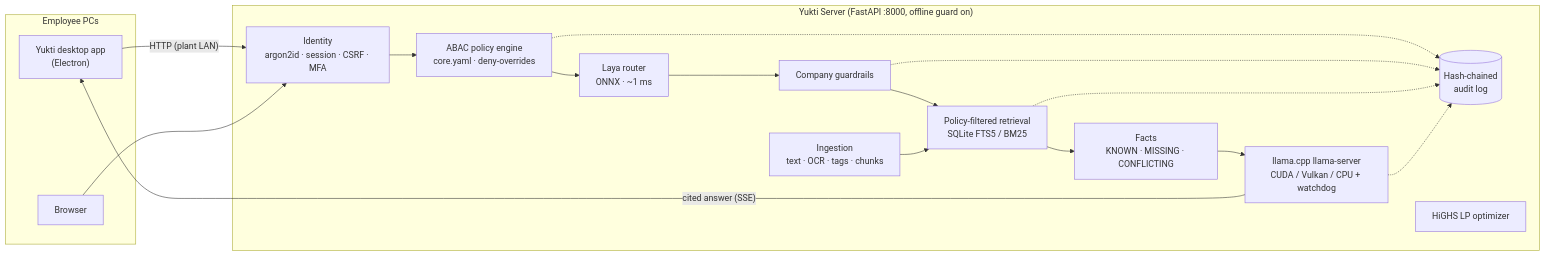
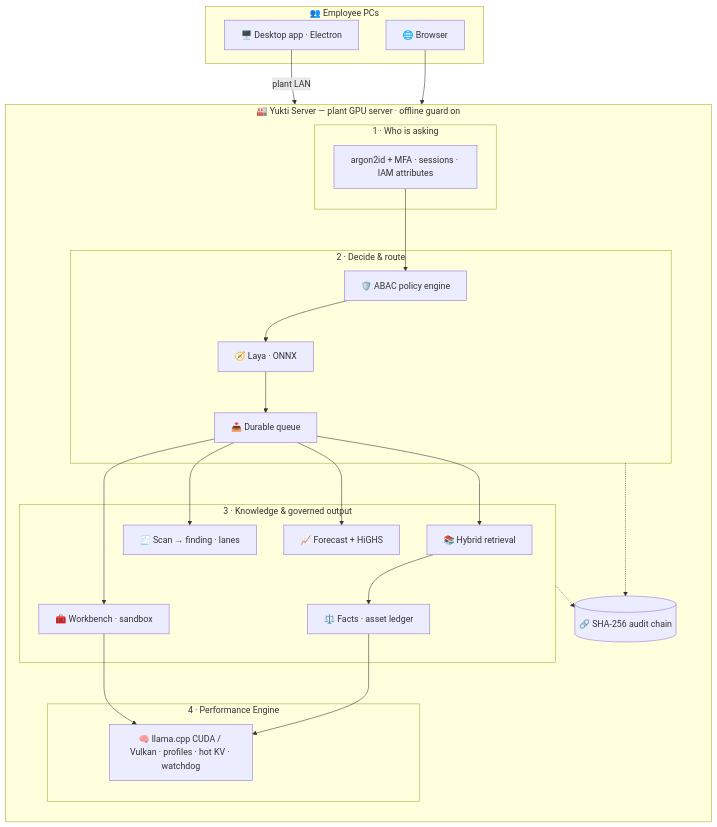
The sixth of 9 diagrams in README.md (Juhilhere/Yukti), drawn with Mermaid before and after one commit. The commit also changed other lines of this file and 115 other files, not shown here.

````diff
--- a/README.md
+++ b/README.md
@@ -77,28 +201,35 @@
 ```mermaid
-flowchart LR
-  subgraph Clients["Employee PCs"]
-    D["Yukti desktop app<br/>(Electron)"]
-    B["Browser"]
+flowchart TB
+  subgraph C["👥 Employee PCs"]
+    D["🖥️ Desktop app · Electron"]
+    BR["🌐 Browser"]
   end
-  subgraph Server["Yukti Server (FastAPI :8000, offline guard on)"]
-    A["Identity<br/>argon2id · session · CSRF · MFA"]
-    P["ABAC policy engine<br/>core.yaml · deny-overrides"]
-    L["Laya router<br/>ONNX · ~1 ms"]
-    G["Company guardrails"]
-    R["Policy-filtered retrieval<br/>SQLite FTS5 / BM25"]
-    F["Facts<br/>KNOWN · MISSING · CONFLICTING"]
-    M["llama.cpp llama-server<br/>CUDA / Vulkan / CPU + watchdog"]
-    U[("Hash-chained<br/>audit log")]
-    I["Ingestion<br/>text · OCR · tags · chunks"]
-    O["HiGHS LP optimizer"]
+  subgraph S["🏭 Yukti Server — plant GPU server · offline guard on"]
+    direction TB
+    subgraph L1["1 · Who is asking"]
+      A["argon2id + MFA · sessions · IAM attributes"]
+    end
+    subgraph L2["2 · Decide & route"]
+      P["🛡️ ABAC policy engine"] --> LY["🧭 Laya · ONNX"] --> Q["📥 Durable queue"]
+    end
+    subgraph L3["3 · Knowledge & governed output"]
+      R["📚 Hybrid retrieval"]
+      FA["⚖️ Facts · asset ledger"]
+      WB["🧰 Workbench · sandbox"]
+      SF["🧾 Scan → finding · lanes"]
+      PR["📈 Forecast + HiGHS"]
+    end
+    subgraph L4["4 · Performance Engine"]
+      E["🧠 llama.cpp CUDA / Vulkan · profiles · hot KV · watchdog"]
+    end
+    AU[("🔗 SHA-256 audit chain")]
   end
-  D -- "HTTP (plant LAN)" --> A
-  B --> A
-  A --> P --> L --> G --> R --> F --> M
-  M -- "cited answer (SSE)" --> D
-  P -.-> U
-  G -.-> U
-  R -.-> U
-  M -.-> U
-  I --> R
+  D -->|plant LAN| A
+  BR --> A
+  A --> P
+  Q --> R & WB & SF & PR
+  R --> FA --> E
+  WB --> E
+  L2 -.-> AU
+  L3 -.-> AU
 ```
````
